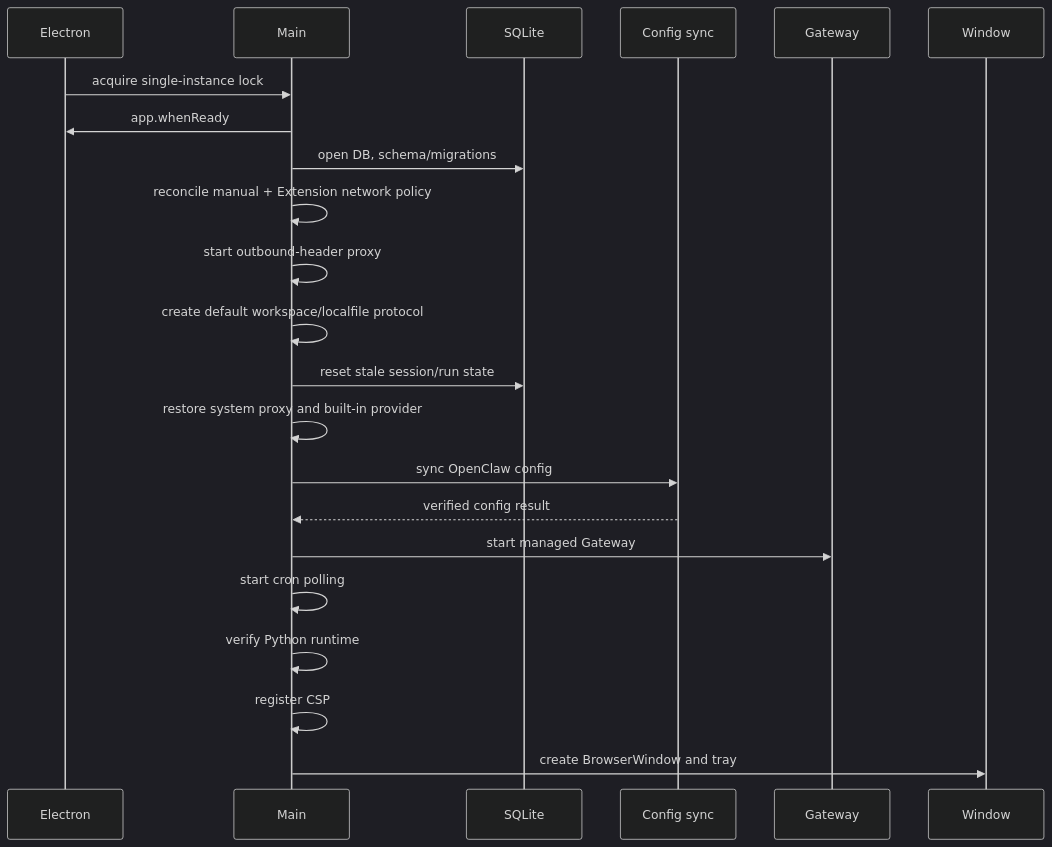
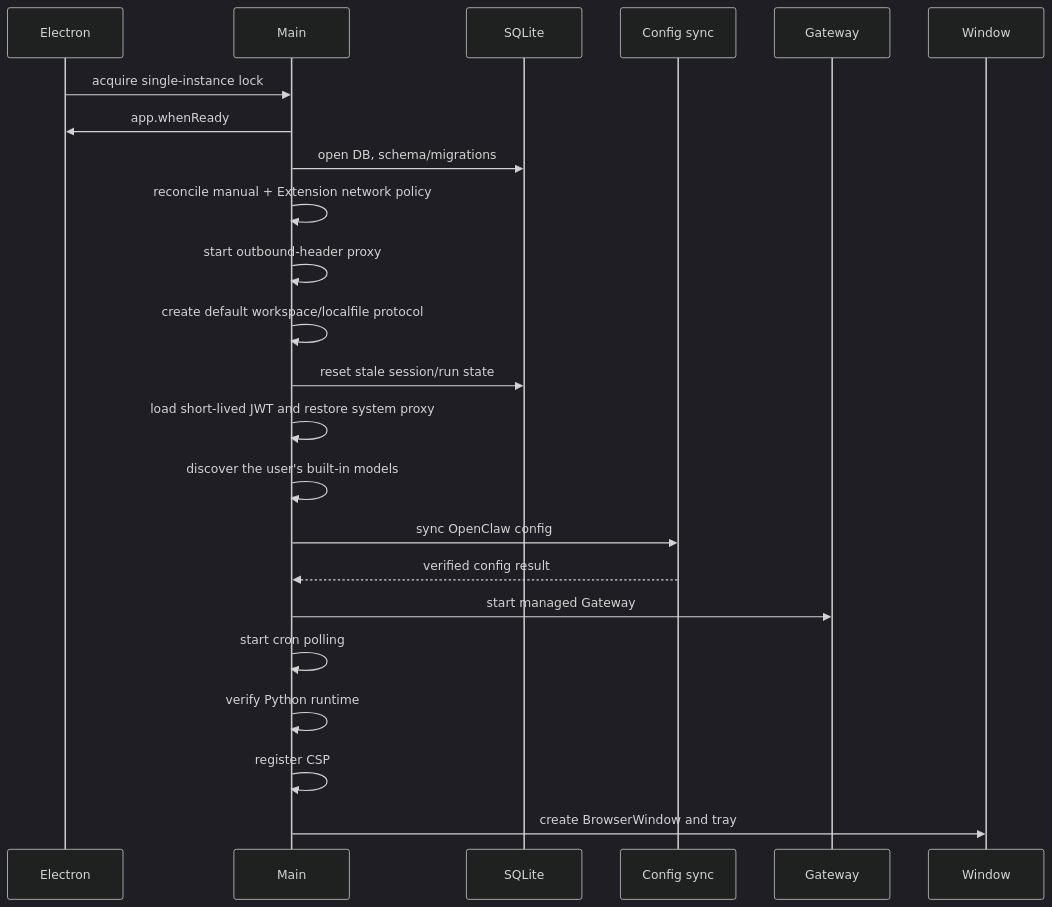
One commit to DuruoYusdy/JustDo changed the third of 3 diagrams in docs/architecture/02-architecture.md. Above: the diagram before and after it, drawn with Mermaid (dark theme). The commit also changed other lines of this file and 98 other files, not shown here.

````diff
--- a/docs/architecture/02-architecture.md
+++ b/docs/architecture/02-architecture.md
@@ -166,24 +166,25 @@
 ```mermaid
 sequenceDiagram
   participant E as Electron
   participant M as Main
   participant D as SQLite
   participant C as Config sync
   participant G as Gateway
   participant W as Window
   E->>M: acquire single-instance lock
   M->>E: app.whenReady
   M->>D: open DB, schema/migrations
   M->>M: reconcile manual + Extension network policy
   M->>M: start outbound-header proxy
   M->>M: create default workspace/localfile protocol
   M->>D: reset stale session/run state
-  M->>M: restore system proxy and built-in provider
+  M->>M: load short-lived JWT and restore system proxy
+  M->>M: discover the user's built-in models
   M->>C: sync OpenClaw config
   C-->>M: verified config result
   M->>G: start managed Gateway
   M->>M: start cron polling
   M->>M: verify Python runtime
   M->>M: register CSP
   M->>W: create BrowserWindow and tray
 ```
````
